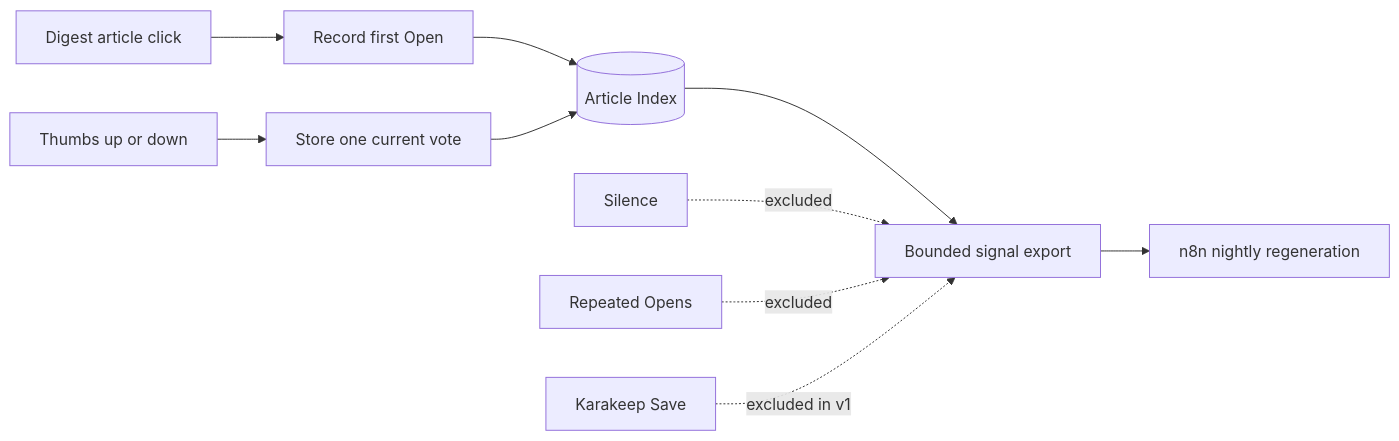
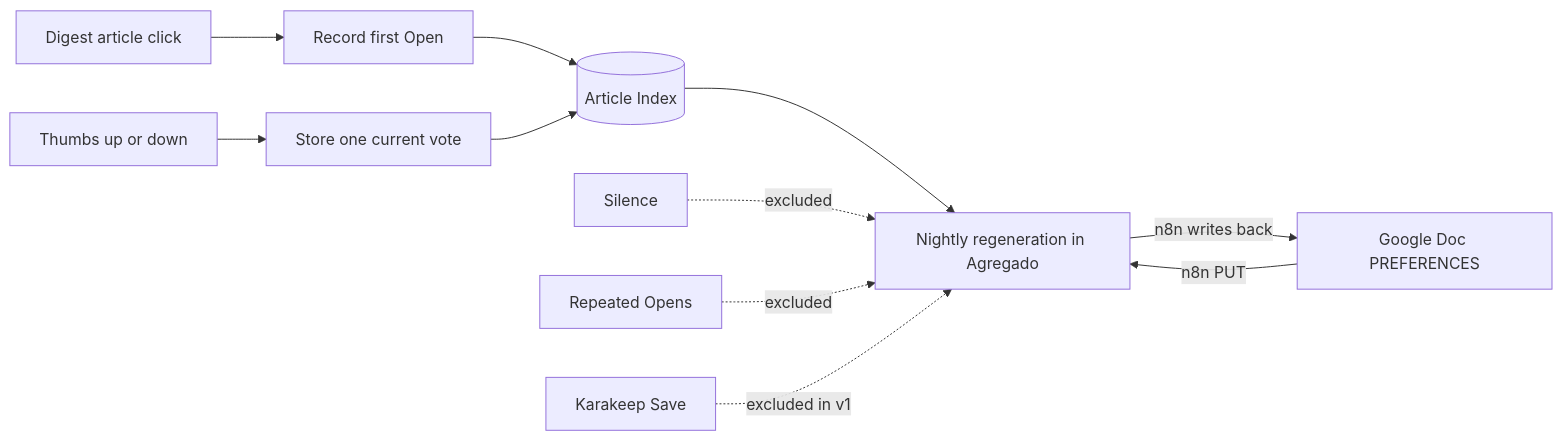
The sixth of 6 diagrams in docs/architecture/agregado.md (ffrt-labs/agregado), drawn with Mermaid before and after one commit. The commit also changed other lines of this file and 30 other files, not shown here.

First line of the commit message:
feat(preferences): keep PREFERENCES.md in Postgres and regenerate it nightly

````diff
--- a/docs/architecture/agregado.md
+++ b/docs/architecture/agregado.md
@@ -211,13 +211,14 @@
 ```mermaid
 flowchart LR
     CLICK[Digest article click] --> OPEN[Record first Open]
     FEEDBACK[Thumbs up or down] --> VOTE[Store one current vote]
     OPEN --> INDEX[(Article Index)]
     VOTE --> INDEX
-    INDEX --> EXPORT[Bounded signal export]
-    EXPORT --> N8N[n8n nightly regeneration]
+    INDEX --> REGEN[Nightly regeneration in Agregado]
+    DOC[Google Doc PREFERENCES] -->|n8n PUT| REGEN
+    REGEN -->|n8n writes back| DOC
 
-    SILENCE[Silence] -. excluded .-> EXPORT
-    REPEAT[Repeated Opens] -. excluded .-> EXPORT
-    SAVE[Karakeep Save] -. excluded in v1 .-> EXPORT
+    SILENCE[Silence] -. excluded .-> REGEN
+    REPEAT[Repeated Opens] -. excluded .-> REGEN
+    SAVE[Karakeep Save] -. excluded in v1 .-> REGEN
 ```
````
